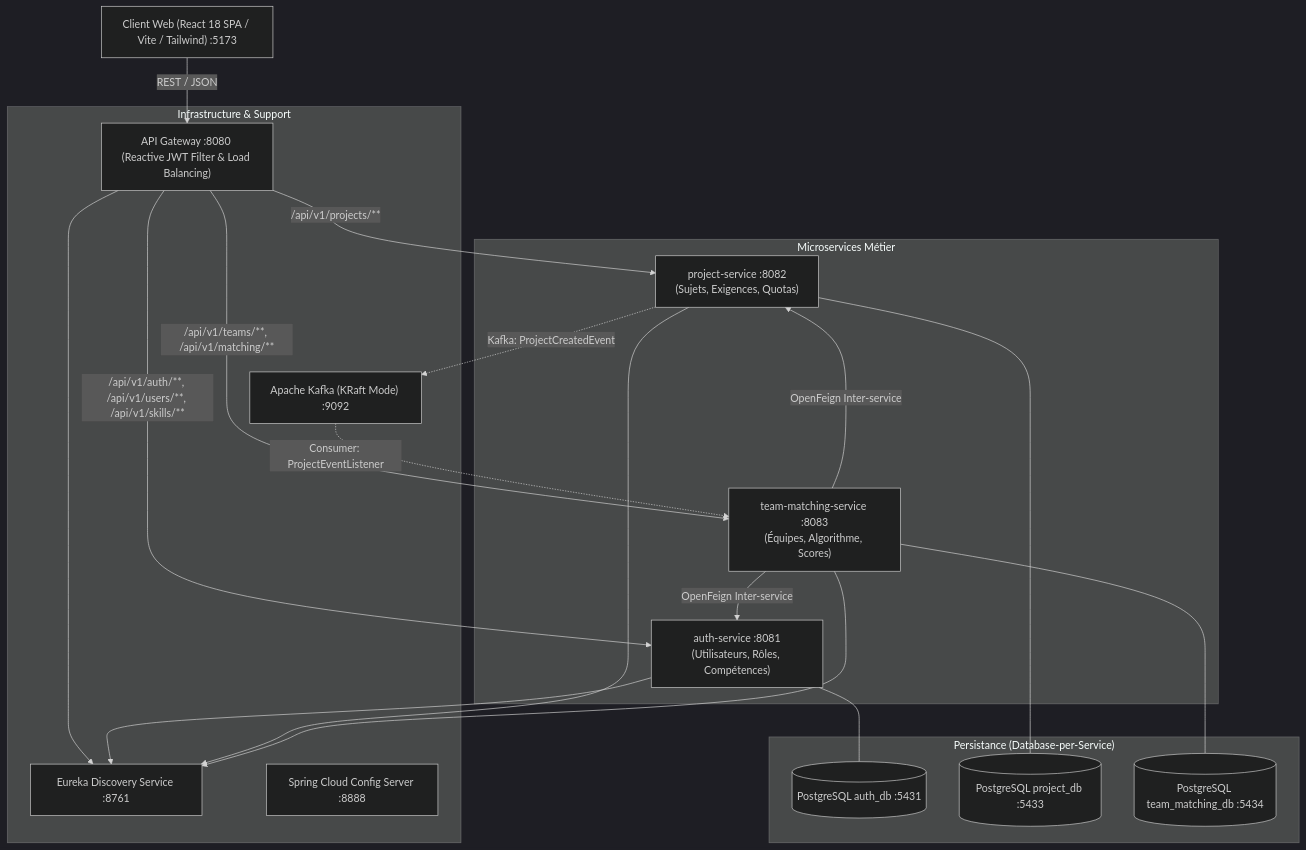
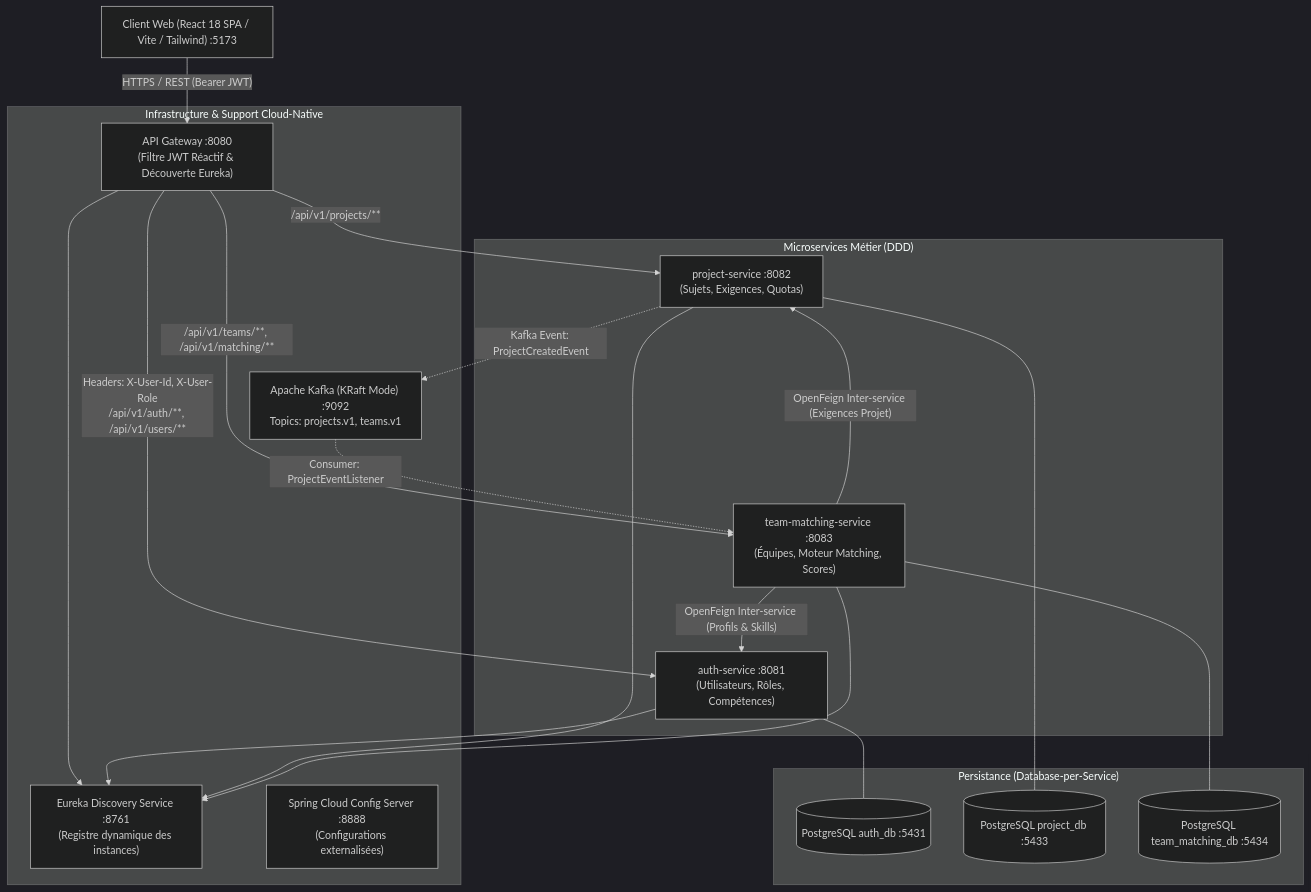
The first of 7 diagrams in README.md (Arhrid-Hamza/SmartCollab), drawn with Mermaid (dark theme) before and after one commit. The commit also changed other lines of this file, not shown here.

Commit message:
docs: add detailed architecture, ERD, Use Cases and sequence diagrams

````diff
--- a/README.md
+++ b/README.md
@@ -51,42 +52,42 @@
 ```mermaid
 flowchart TD
     Client["Client Web (React 18 SPA / Vite / Tailwind) :5173"]
 
-    subgraph Infrastructure_Cloud["Infrastructure & Support"]
-        Eureka["Eureka Discovery Service :8761"]
-        Config["Spring Cloud Config Server :8888"]
-        Gateway["API Gateway :8080 (Reactive JWT Filter & Load Balancing)"]
-        Kafka["Apache Kafka (KRaft Mode) :9092"]
+    subgraph Infrastructure_Cloud["Infrastructure & Support Cloud-Native"]
+        Eureka["Eureka Discovery Service :8761\n(Registre dynamique des instances)"]
+        Config["Spring Cloud Config Server :8888\n(Configurations externalisées)"]
+        Gateway["API Gateway :8080\n(Filtre JWT Réactif & Découverte Eureka)"]
+        Kafka["Apache Kafka (KRaft Mode) :9092\nTopics: projects.v1, teams.v1"]
     end
 
-    subgraph Microservices_Metier["Microservices Métier"]
+    subgraph Microservices_Metier["Microservices Métier (DDD)"]
         AuthSvc["auth-service :8081\n(Utilisateurs, Rôles, Compétences)"]
         ProjSvc["project-service :8082\n(Sujets, Exigences, Quotas)"]
-        MatchSvc["team-matching-service :8083\n(Équipes, Algorithme, Scores)"]
+        MatchSvc["team-matching-service :8083\n(Équipes, Moteur Matching, Scores)"]
     end
 
     subgraph Bases_De_Donnees["Persistance (Database-per-Service)"]
         AuthDB[("PostgreSQL auth_db :5431")]
         ProjDB[("PostgreSQL project_db :5433")]
         MatchDB[("PostgreSQL team_matching_db :5434")]
     end
 
-    Client -->|REST / JSON| Gateway
+    Client -->|"HTTPS / REST (Bearer JWT)"| Gateway
     Gateway --> Eureka
     AuthSvc --> Eureka
     ProjSvc --> Eureka
     MatchSvc --> Eureka
 
-    Gateway -->|/api/v1/auth/**, /api/v1/users/**, /api/v1/skills/**| AuthSvc
-    Gateway -->|/api/v1/projects/**| ProjSvc
-    Gateway -->|/api/v1/teams/**, /api/v1/matching/**| MatchSvc
+    Gateway -->|"Headers: X-User-Id, X-User-Role\n/api/v1/auth/**, /api/v1/users/**"| AuthSvc
+    Gateway -->|"/api/v1/projects/**"| ProjSvc
+    Gateway -->|"/api/v1/teams/**, /api/v1/matching/**"| MatchSvc
 
     AuthSvc --- AuthDB
     ProjSvc --- ProjDB
     MatchSvc --- MatchDB
 
-    ProjSvc -.->|Kafka: ProjectCreatedEvent| Kafka
-    Kafka -.->|Consumer: ProjectEventListener| MatchSvc
-    MatchSvc -->|OpenFeign Inter-service| AuthSvc
-    MatchSvc -->|OpenFeign Inter-service| ProjSvc
+    ProjSvc -.->|"Kafka Event: ProjectCreatedEvent"| Kafka
+    Kafka -.->|"Consumer: ProjectEventListener"| MatchSvc
+    MatchSvc -->|"OpenFeign Inter-service (Profils & Skills)"| AuthSvc
+    MatchSvc -->|"OpenFeign Inter-service (Exigences Projet)"| ProjSvc
 ```
````
